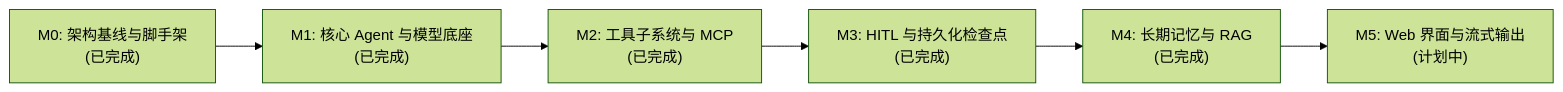
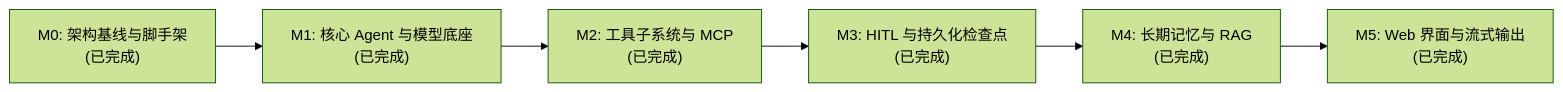
One commit to theGitForDalibor/JarvisStudio changed the diagram in docs/roadmap/engineering-roadmap.md. Above: the diagram before and after it, drawn with Mermaid (forest theme). The commit also changed other lines of this file and 12 other files, not shown here.

````diff
--- a/docs/roadmap/engineering-roadmap.md
+++ b/docs/roadmap/engineering-roadmap.md
@@ -14,8 +14,8 @@
 ```mermaid
 flowchart LR
     M0["M0: 架构基线与脚手架\n(已完成)"] --> M1["M1: 核心 Agent 与模型底座\n(已完成)"]
     M1 --> M2["M2: 工具子系统与 MCP\n(已完成)"]
     M2 --> M3["M3: HITL 与持久化检查点\n(已完成)"]
     M3 --> M4["M4: 长期记忆与 RAG\n(已完成)"]
-    M4 --> M5["M5: Web 界面与流式输出\n(计划中)"]
+    M4 --> M5["M5: Web 界面与流式输出\n(已完成)"]
 ```
````
